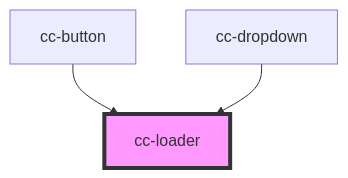
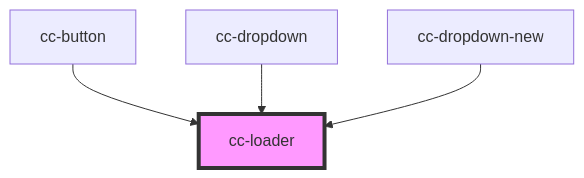
The diagram in packages/core/src/components/cc-loader/readme.md (lacafetalab/cafeta-components), drawn with Mermaid before and after one commit. The commit also changed other lines of this file and 11 other files, not shown here.

````diff
--- a/packages/core/src/components/cc-loader/readme.md
+++ b/packages/core/src/components/cc-loader/readme.md
@@ -23,6 +24,7 @@
 ```mermaid
 graph TD;
   cc-button --> cc-loader
   cc-dropdown --> cc-loader
+  cc-dropdown-new --> cc-loader
   style cc-loader fill:#f9f,stroke:#333,stroke-width:4px
 ```
````
